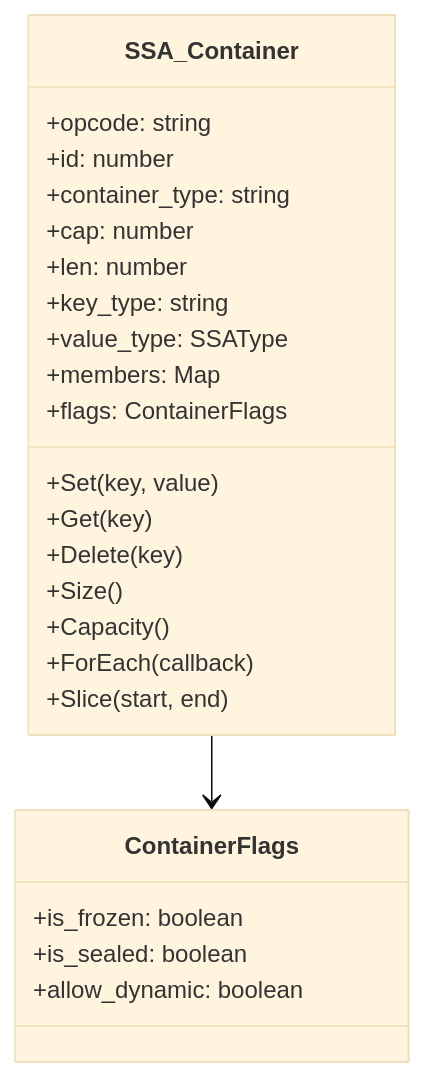
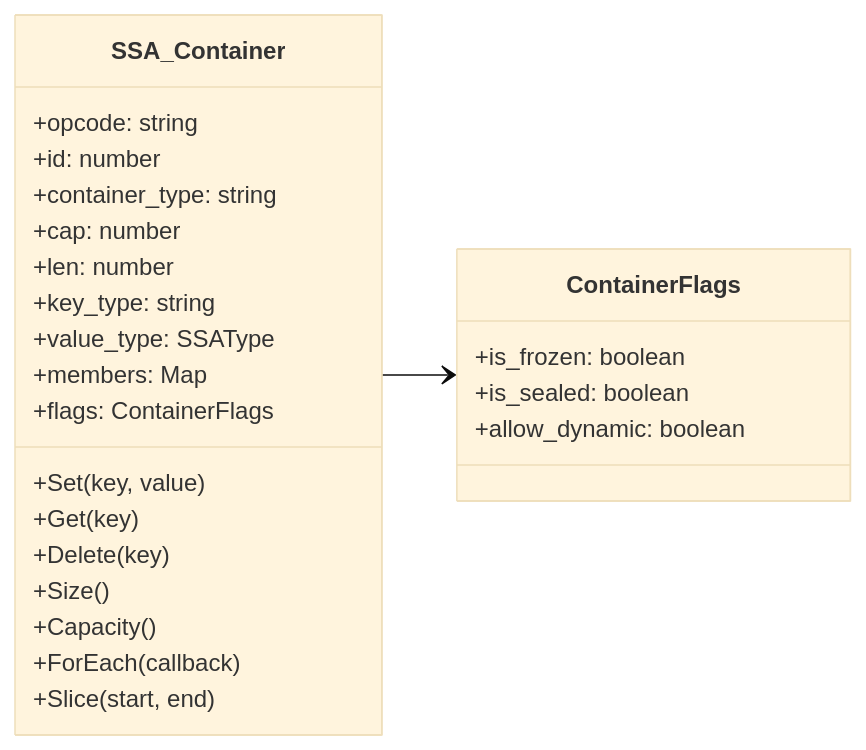
Before and after one commit to yaklang/ssa.to: the sixth of 22 diagrams in static-analysis-guide/ssa-for-advanced-language.mdx, drawn with Mermaid (base theme). The commit also changed other lines of this file and 2 other files, not shown here.

````diff
--- a/static-analysis-guide/ssa-for-advanced-language.mdx
+++ b/static-analysis-guide/ssa-for-advanced-language.mdx
@@ -689,29 +689,30 @@
 ```mermaid
 classDiagram
+    direction LR
     class SSA_Container {
         +opcode: string
         +id: number
         +container_type: string
         +cap: number
         +len: number
         +key_type: string
         +value_type: SSAType
         +members: Map
         +flags: ContainerFlags
         +Set(key, value)
         +Get(key)
         +Delete(key)
         +Size()
         +Capacity()
         +ForEach(callback)
         +Slice(start, end)
     }
 
     class ContainerFlags {
         +is_frozen: boolean
         +is_sealed: boolean
         +allow_dynamic: boolean
     }
 
     SSA_Container --> ContainerFlags
 ```
````
